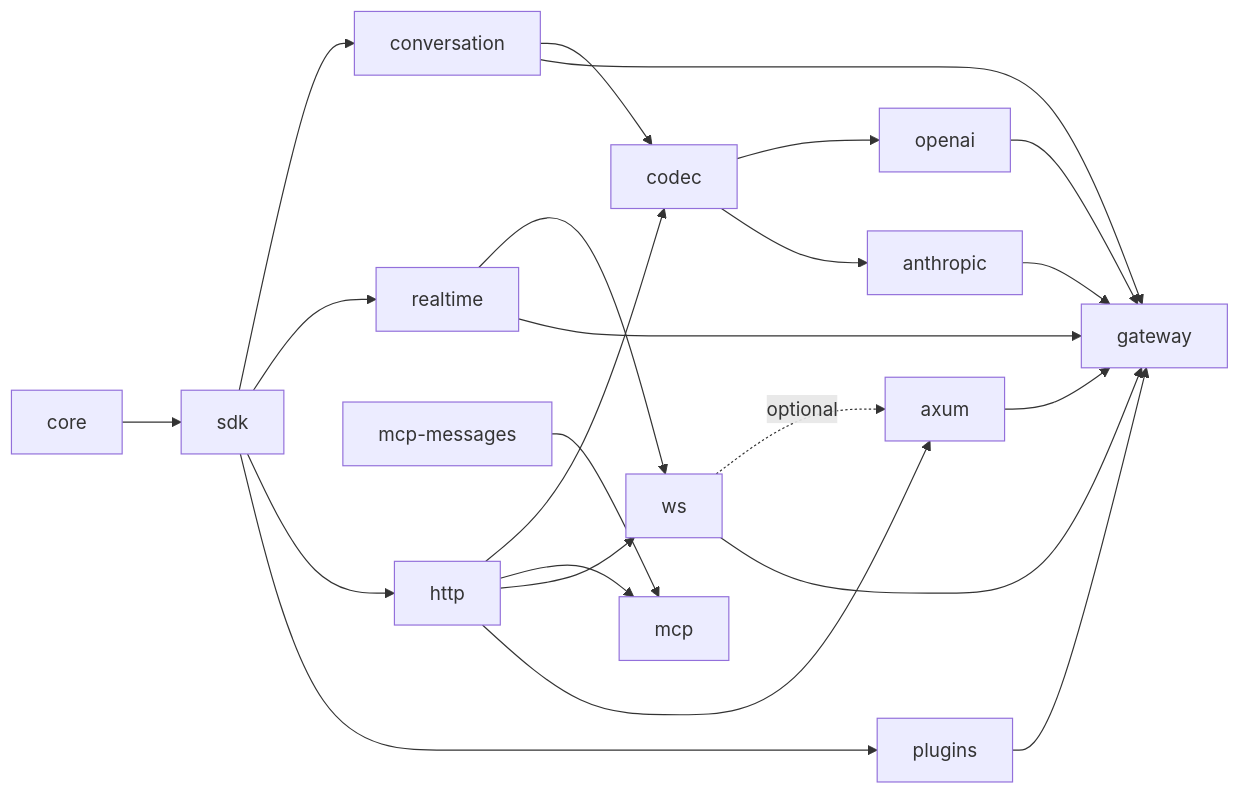
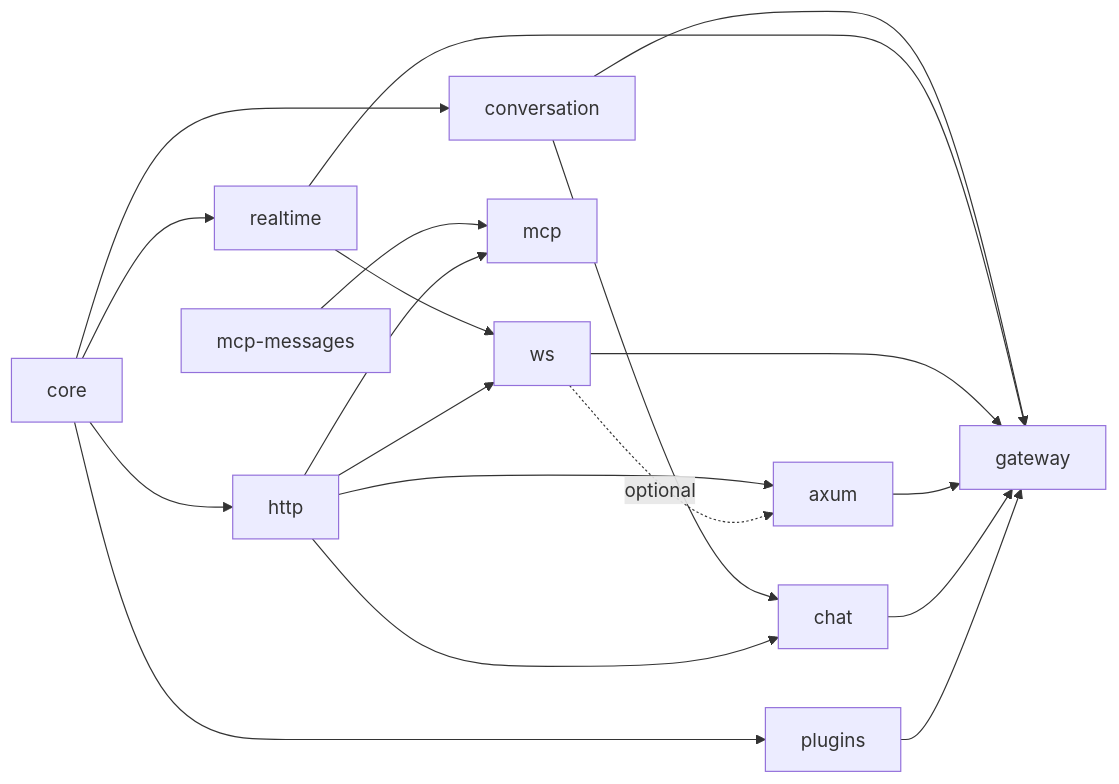
Before and after one commit to Davidson3556/respan-gateway: the diagram in docs/ARCHITECTURE.md, drawn with Mermaid. The commit also changed other lines of this file and 221 other files, not shown here.

First line of the commit message:
Fold the SDK into core, type Usage, and merge the chat formats into one crate

````diff
--- a/docs/ARCHITECTURE.md
+++ b/docs/ARCHITECTURE.md
@@ -30,25 +27,21 @@
 ```mermaid
 flowchart LR
-    core --> sdk
-    sdk --> conversation
-    conversation --> codec
+    core --> conversation
+    conversation --> chat
     conversation --> gateway
-    sdk --> realtime
+    core --> realtime
     realtime --> ws
     mcp_messages[mcp-messages] --> mcp
-    sdk --> http
-    sdk --> plugins
-    http --> codec
-    codec --> openai
-    codec --> anthropic
+    core --> http
+    core --> plugins
+    http --> chat
     http --> mcp
     http --> ws
     http --> axum
     ws -. optional .-> axum
     realtime --> gateway
     ws --> gateway
     axum --> gateway
-    openai --> gateway
-    anthropic --> gateway
+    chat --> gateway
     plugins --> gateway
 ```
````
